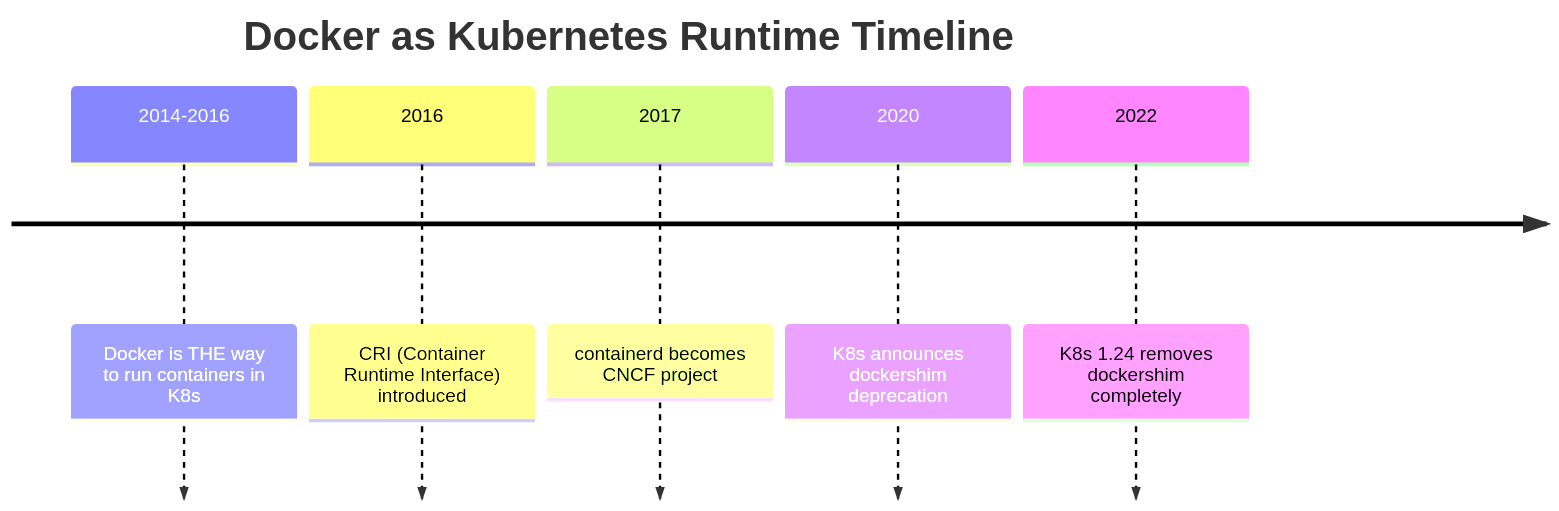
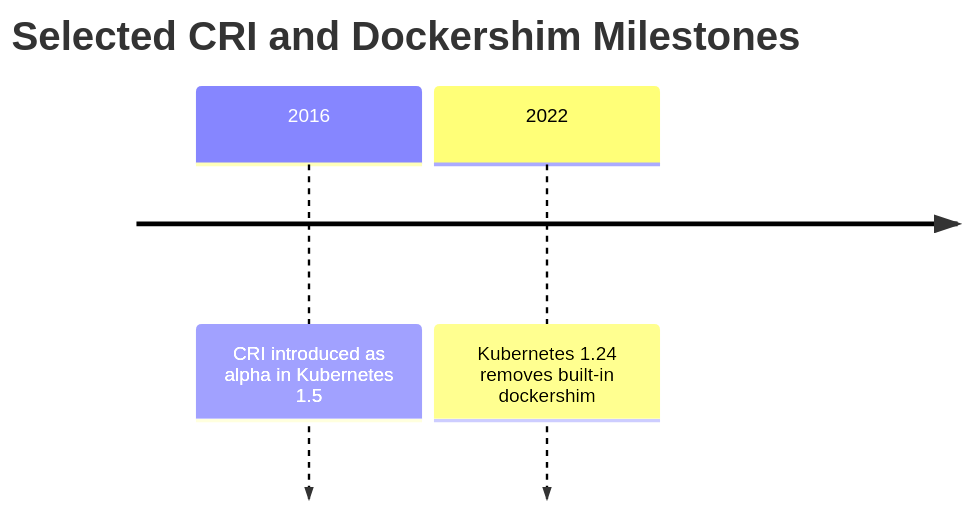
Before and after one commit to kube-dojo/kube-dojo.github.io: the third of 6 diagrams in src/content/docs/prerequisites/philosophy-design/module-1.4-dead-ends.md, drawn with Mermaid. The commit also changed other lines of this file and 3 other files, not shown here.

Commit message:
docs(#2278): distinguish dockershim removal and runtime adapters

````diff
--- a/src/content/docs/prerequisites/philosophy-design/module-1.4-dead-ends.md
+++ b/src/content/docs/prerequisites/philosophy-design/module-1.4-dead-ends.md
@@ -132,9 +132,6 @@
 ```mermaid
 timeline
-    title Docker as Kubernetes Runtime Timeline
-    2014-2016 : Docker is THE way to run containers in K8s
-    2016 : CRI (Container Runtime Interface) introduced
-    2017 : containerd becomes CNCF project
-    2020 : K8s announces dockershim deprecation
-    2022 : K8s 1.24 removes dockershim completely
+    title Selected CRI and Dockershim Milestones
+    2016 : CRI introduced as alpha in Kubernetes 1.5
+    2022 : Kubernetes 1.24 removes built-in dockershim
 ```
````
